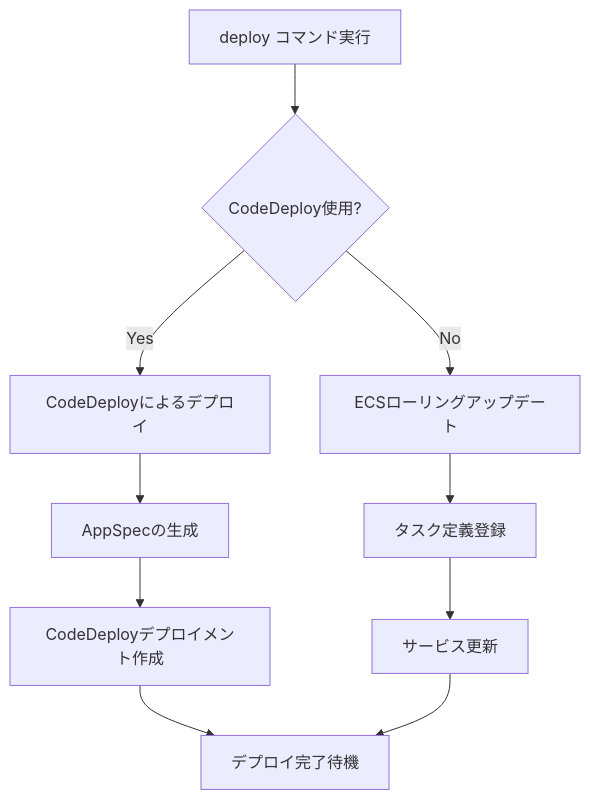
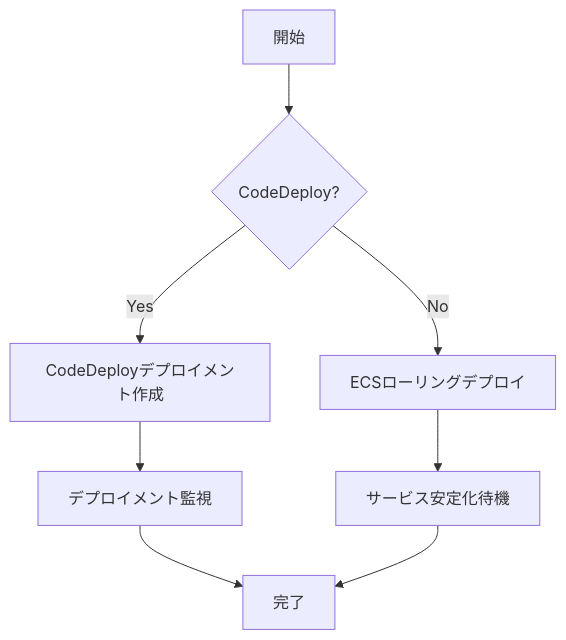
The diagram in ecspresso/commands/deploy.md (bufferings/devin-docs), drawn with Mermaid before and after one commit. The commit also changed other lines of this file and 29 other files, not shown here.

````diff
--- a/ecspresso/commands/deploy.md
+++ b/ecspresso/commands/deploy.md
@@ -56,12 +94,10 @@
 ```mermaid
 graph TD
-    A[deploy コマンド実行] --> B{CodeDeploy使用?}
-    B -->|Yes| C[CodeDeployによるデプロイ]
-    B -->|No| D[ECSローリングアップデート]
-    C --> E[AppSpecの生成]
-    E --> F[CodeDeployデプロイメント作成]
-    D --> G[タスク定義登録]
-    G --> H[サービス更新]
-    F --> I[デプロイ完了待機]
-    H --> I
+    A[開始] --> B{CodeDeploy?}
+    B -->|Yes| C[CodeDeployデプロイメント作成]
+    B -->|No| D[ECSローリングデプロイ]
+    C --> E[デプロイメント監視]
+    D --> F[サービス安定化待機]
+    E --> G[完了]
+    F --> G
 ```
````
